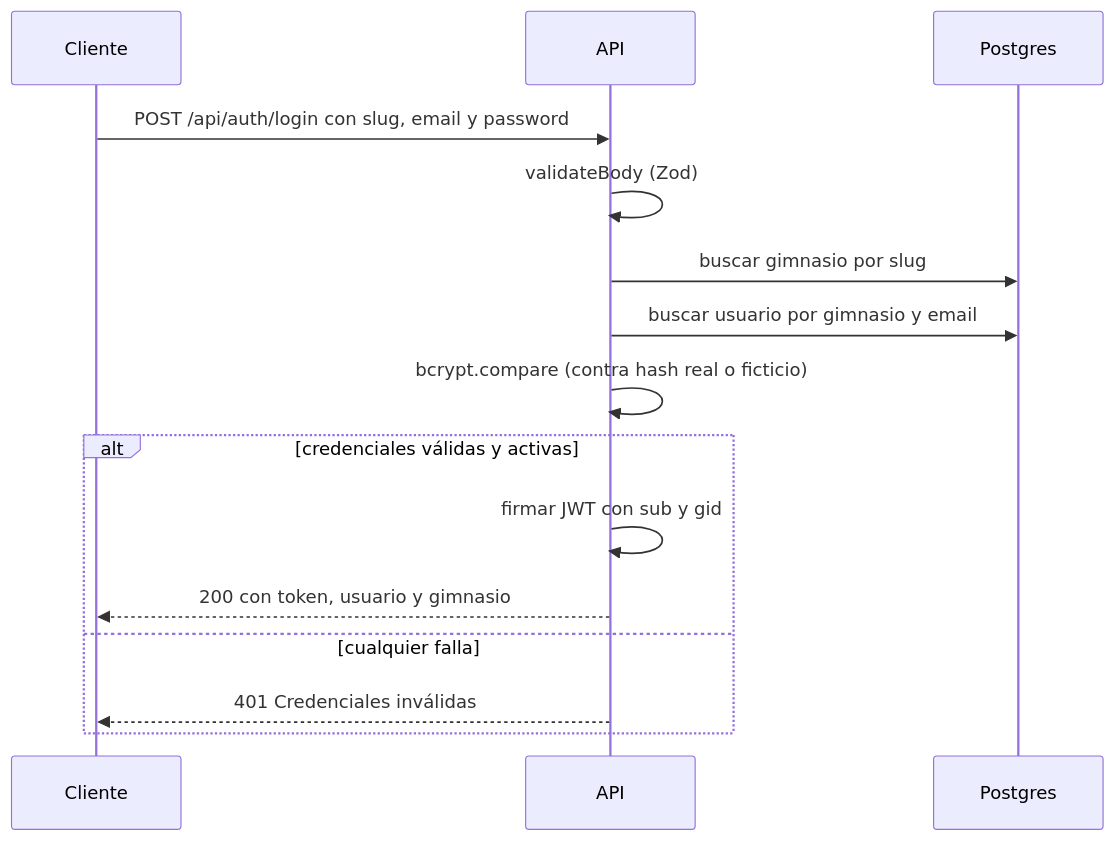
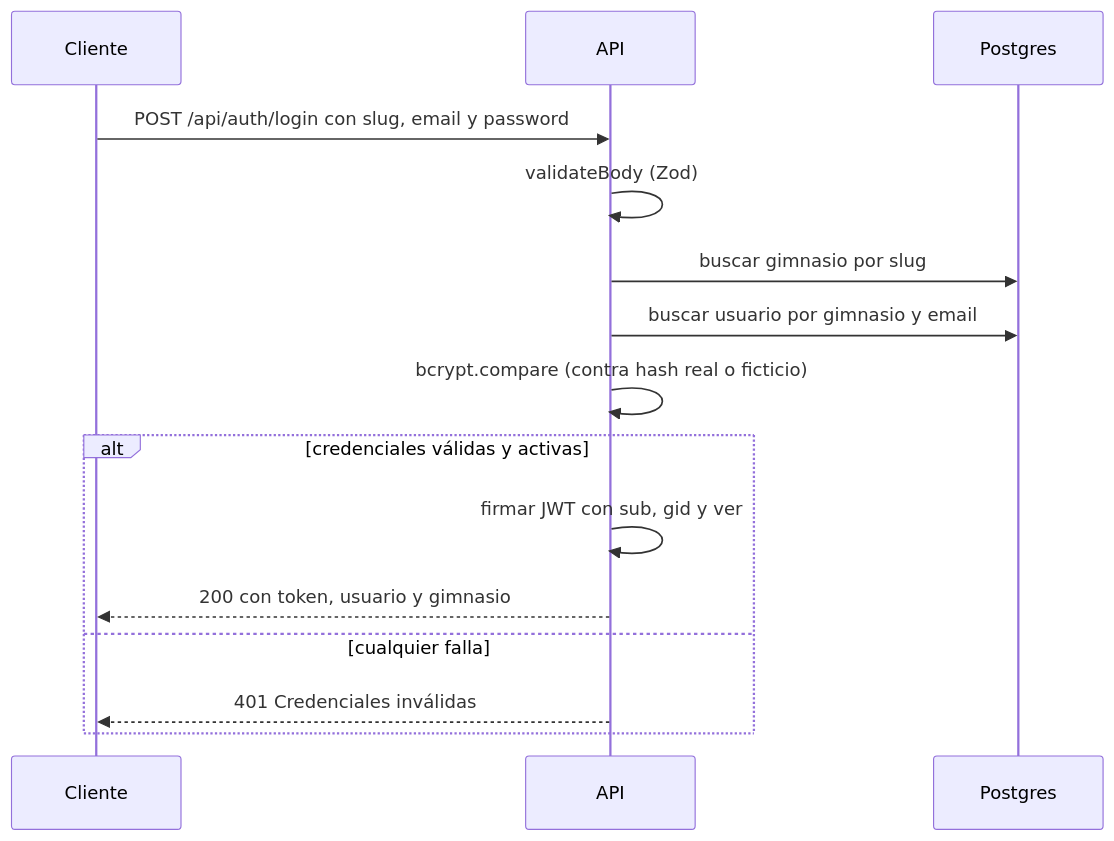
The first of 2 diagrams in docs/backend/auth.md (ClasiCKGit/MetSisII), drawn with Mermaid before and after one commit. The commit also changed other lines of this file and 1 other file, not shown here.

First line of the commit message:
docs(auth): documentar el cierre de sesiones con tokenVersion

````diff
--- a/docs/backend/auth.md
+++ b/docs/backend/auth.md
@@ -232,18 +235,18 @@
 ```mermaid
 sequenceDiagram
     participant C as Cliente
     participant A as API
     participant DB as Postgres
 
     C->>A: POST /api/auth/login con slug, email y password
     A->>A: validateBody (Zod)
     A->>DB: buscar gimnasio por slug
     A->>DB: buscar usuario por gimnasio y email
     A->>A: bcrypt.compare (contra hash real o ficticio)
     alt credenciales válidas y activas
-        A->>A: firmar JWT con sub y gid
+        A->>A: firmar JWT con sub, gid y ver
         A-->>C: 200 con token, usuario y gimnasio
     else cualquier falla
         A-->>C: 401 Credenciales inválidas
     end
 ```
````
